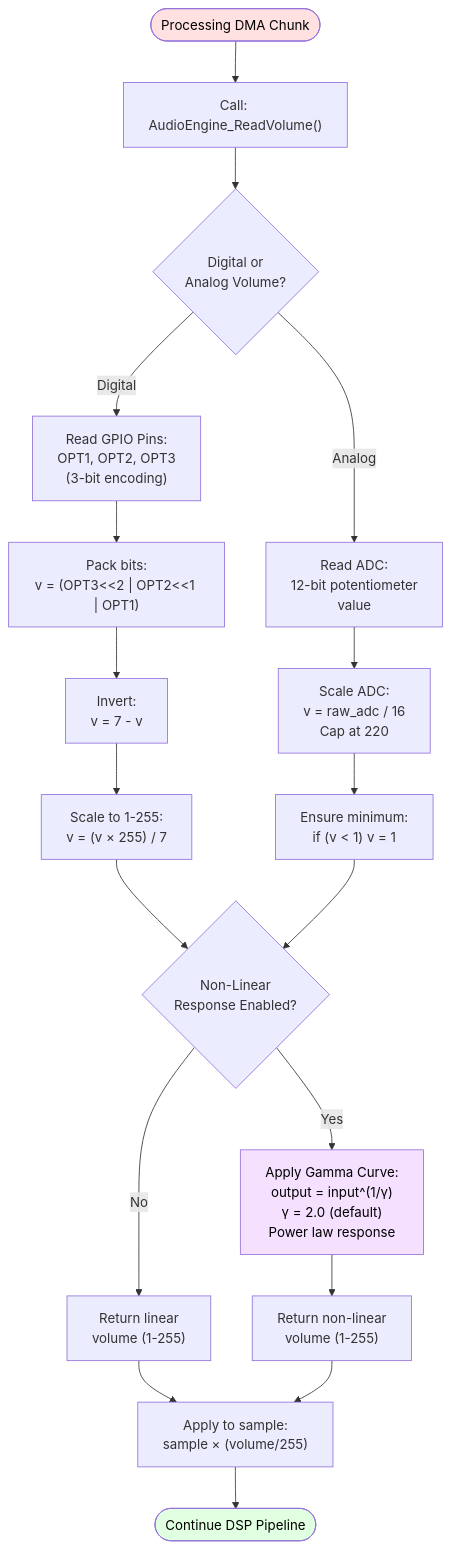
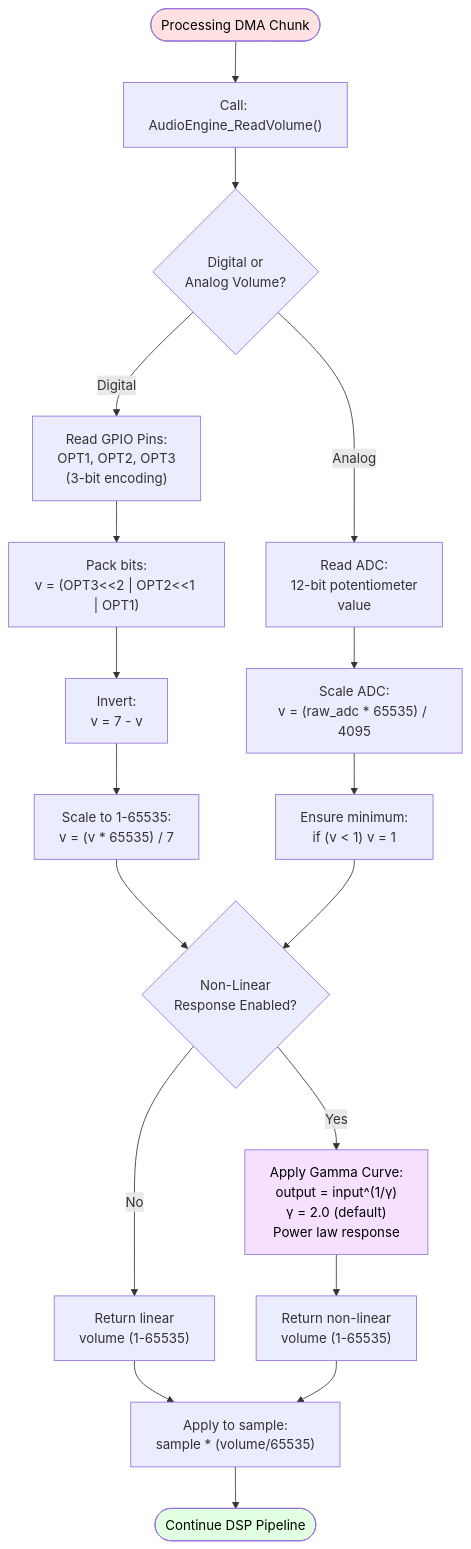
One commit to JennyDigital/Doorchime-CR2-VSCode changed the seventh of 10 diagrams in Application/CR2-VSCode/Docs/AUDIO_ENGINE_FLOWCHART.md. Above: the diagram before and after it, drawn with Mermaid. The commit also changed 10 other files, not shown here.

````diff
--- a/Application/CR2-VSCode/Docs/AUDIO_ENGINE_FLOWCHART.md
+++ b/Application/CR2-VSCode/Docs/AUDIO_ENGINE_FLOWCHART.md
@@ -263,34 +263,34 @@
 ```mermaid
 flowchart TD
   DMAChunk([Processing DMA Chunk]) --> ReadVolCall["Call: AudioEngine_ReadVolume()"]
   
   ReadVolCall --> CheckMode{Digital or<br/>Analog Volume?}
   
   CheckMode -->|Digital| ReadGPIO["Read GPIO Pins:<br/>OPT1, OPT2, OPT3<br/>(3-bit encoding)"]
   CheckMode -->|Analog| ReadADC["Read ADC:<br/>12-bit potentiometer<br/>value"]
   
   ReadGPIO --> PackBits["Pack bits:<br/>v = (OPT3<<2 | OPT2<<1 | OPT1)"]
-  ReadADC --> ScaleADC["Scale ADC:<br/>v = raw_adc / 16<br/>Cap at 220"]
+  ReadADC --> ScaleADC["Scale ADC:<br/>v = (raw_adc * 65535) / 4095"]
   
   PackBits --> InvertGPIO["Invert:<br/>v = 7 - v"]
   ScaleADC --> EnsureMin1["Ensure minimum:<br/>if (v < 1) v = 1"]
   
-  InvertGPIO --> ScaleGPIO["Scale to 1-255:<br/>v = (v × 255) / 7"]
+  InvertGPIO --> ScaleGPIO["Scale to 1-65535:<br/>v = (v * 65535) / 7"]
   
   ScaleGPIO --> NonLinearCheck{Non-Linear<br/>Response Enabled?}
   EnsureMin1 --> NonLinearCheck
   
   NonLinearCheck -->|Yes| ApplyGamma["Apply Gamma Curve:<br/>output = input^(1/γ)<br/>γ = 2.0 (default)<br/>Power law response"]
-  NonLinearCheck -->|No| ReturnLinear["Return linear<br/>volume (1-255)"]
+  NonLinearCheck -->|No| ReturnLinear["Return linear<br/>volume (1-65535)"]
   
-  ApplyGamma --> ReturnNonLinear["Return non-linear<br/>volume (1-255)"]
+  ApplyGamma --> ReturnNonLinear["Return non-linear<br/>volume (1-65535)"]
   
-  ReturnLinear --> ApplyToSample["Apply to sample:<br/>sample × (volume/255)"]
+  ReturnLinear --> ApplyToSample["Apply to sample:<br/>sample * (volume/65535)"]
   ReturnNonLinear --> ApplyToSample
   
   ApplyToSample --> Continue([Continue DSP Pipeline])
 
   style DMAChunk fill:#ffe1e1,color:#000000
   style ApplyGamma fill:#f5e1ff,color:#000000
   style Continue fill:#e1ffe1,color:#000000
 ```
````
